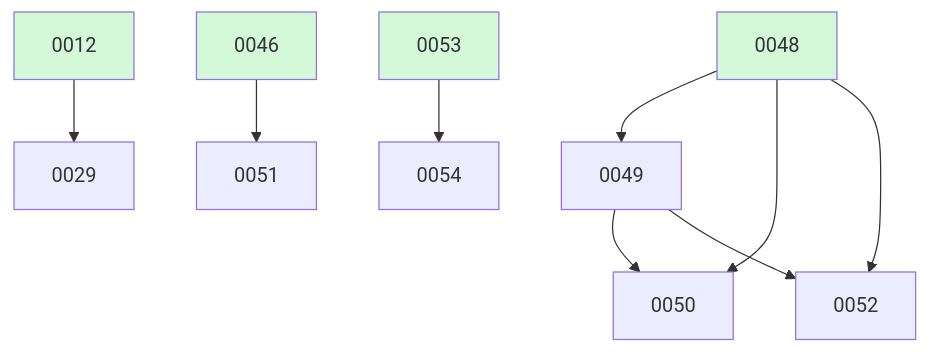
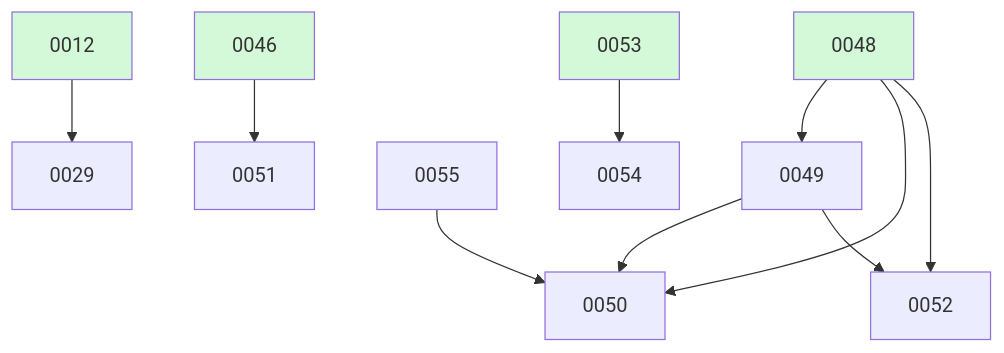
The diagram in docs/changes/BOARD.md (ethanhinson/fuse), drawn with Mermaid before and after one commit. The commit also changed other lines of this file, not shown here.

````diff
--- a/docs/changes/BOARD.md
+++ b/docs/changes/BOARD.md
@@ -21,16 +22,18 @@
 ```mermaid
 graph TD
   0012 --> 0029
   0048 --> 0049
   0048 --> 0050
   0049 --> 0050
+  0055 --> 0050
   0046 --> 0051
   0048 --> 0052
   0049 --> 0052
   0053 --> 0054
+  0055
   0012:::done
   0046:::done
   0048:::done
   0053:::done
   classDef done fill:#d3f9d8;
 ```
````
